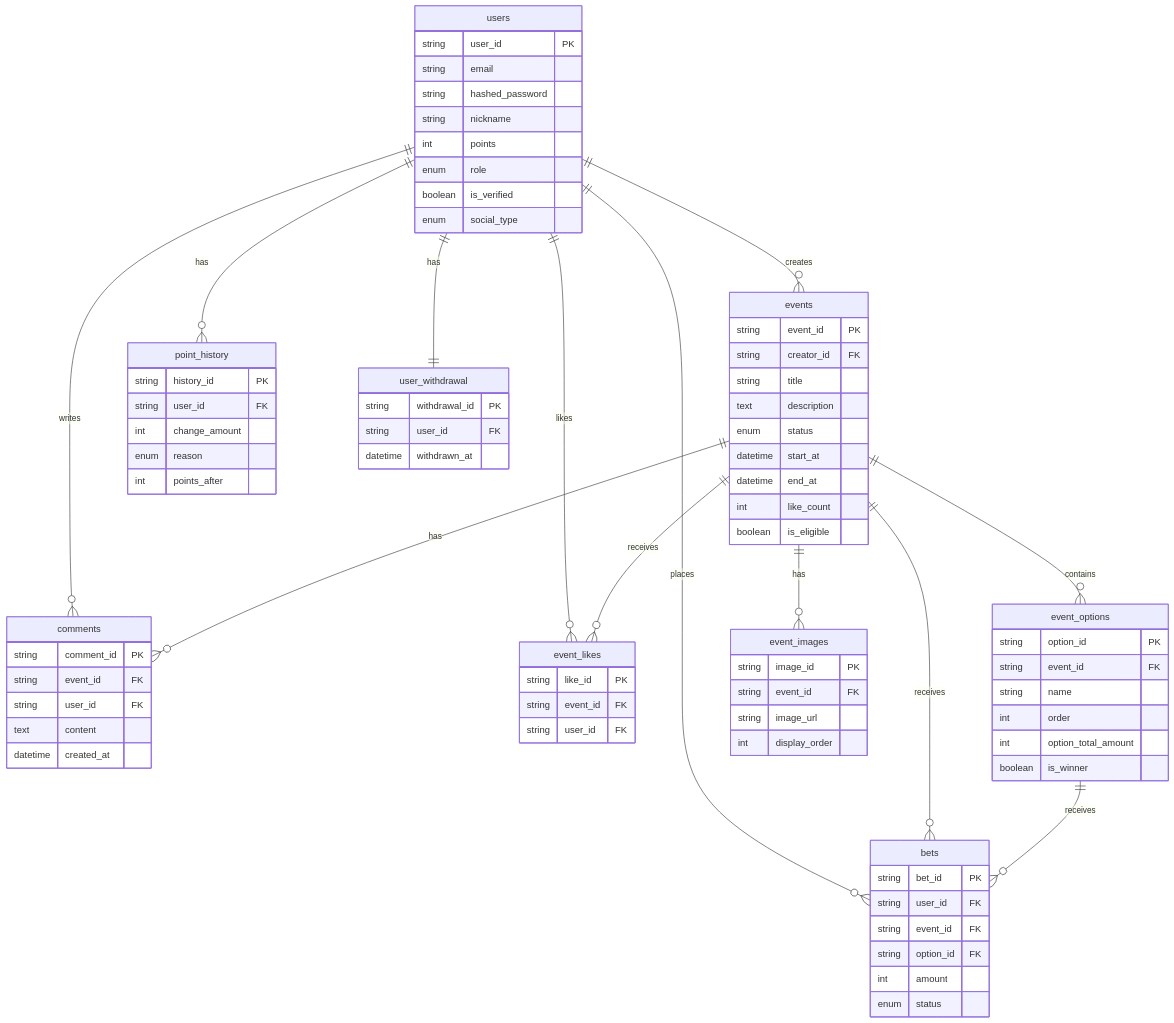
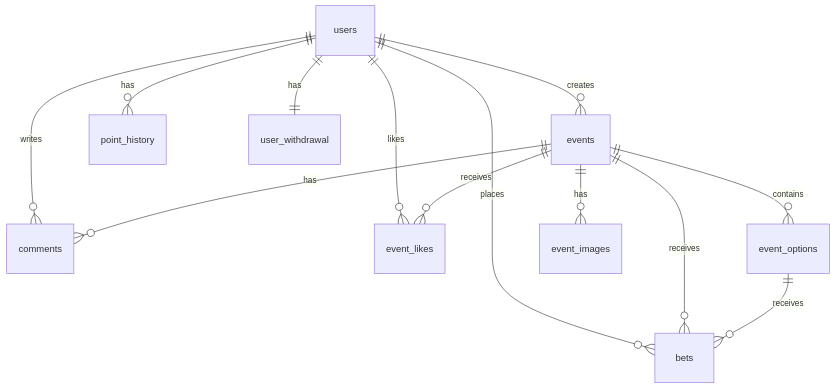
The diagram in README.md (wafflestudio/23-5-team7-server), drawn with Mermaid before and after one commit.

````diff
--- a/README.md
+++ b/README.md
@@ -77,80 +77,4 @@
     events ||--o{ event_likes : receives
 
     event_options ||--o{ bets : receives
-
-    users {
-        string user_id PK
-        string email
-        string hashed_password
-        string nickname
-        int points
-        enum role
-        boolean is_verified
-        enum social_type
-    }
-
-    events {
-        string event_id PK
-        string creator_id FK
-        string title
-        text description
-        enum status
-        datetime start_at
-        datetime end_at
-        int like_count
-        boolean is_eligible
-    }
-
-    event_options {
-        string option_id PK
-        string event_id FK
-        string name
-        int order
-        int option_total_amount
-        boolean is_winner
-    }
-
-    bets {
-        string bet_id PK
-        string user_id FK
-        string event_id FK
-        string option_id FK
-        int amount
-        enum status
-    }
-
-    comments {
-        string comment_id PK
-        string event_id FK
-        string user_id FK
-        text content
-        datetime created_at
-    }
-
-    event_likes {
-        string like_id PK
-        string event_id FK
-        string user_id FK
-    }
-
-    point_history {
-        string history_id PK
-        string user_id FK
-        int change_amount
-        enum reason
-        int points_after
-    }
-
-    event_images {
-        string image_id PK
-        string event_id FK
-        string image_url
-        int display_order
-    }
-
-    user_withdrawal {
-        string withdrawal_id PK
-        string user_id FK
-        datetime withdrawn_at
-    }
 ```
````
